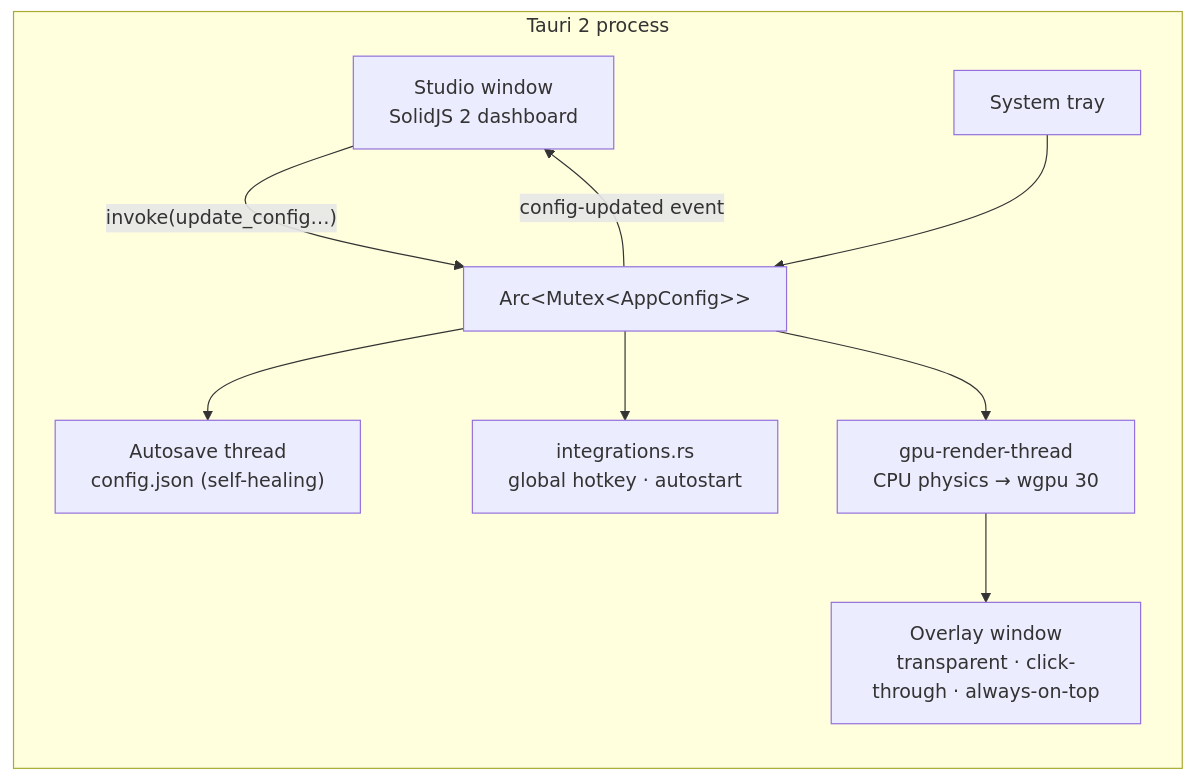
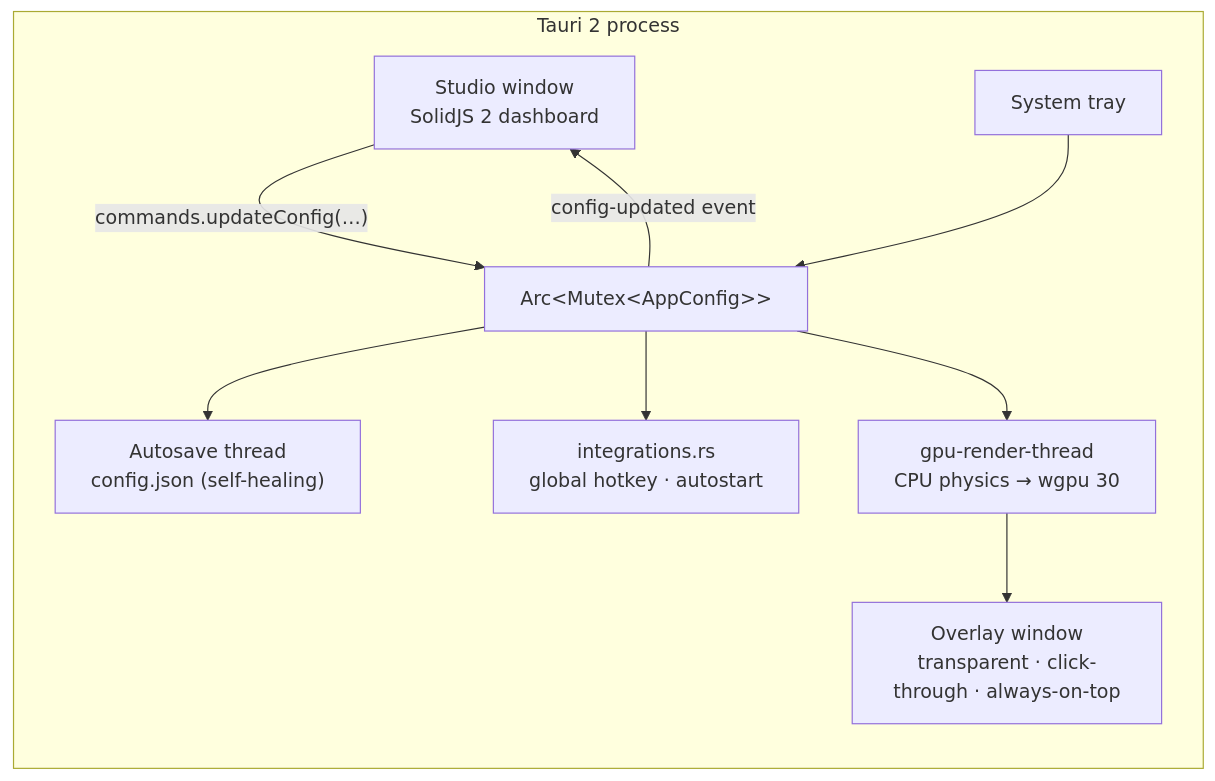
The first of 2 diagrams in README.md (NairoDorian/FXCursor), drawn with Mermaid before and after one commit. The commit also changed other lines of this file and 35 other files, not shown here.

````diff
--- a/README.md
+++ b/README.md
@@ -71,12 +71,12 @@
 ```mermaid
 graph LR
     subgraph "Tauri 2 process"
-        UI["Studio window<br/>SolidJS 2 dashboard"] -- "invoke(update_config…)" --> ST["Arc&lt;Mutex&lt;AppConfig&gt;&gt;"]
+        UI["Studio window<br/>SolidJS 2 dashboard"] -- "commands.updateConfig(…)" --> ST["Arc&lt;Mutex&lt;AppConfig&gt;&gt;"]
         ST -- "config-updated event" --> UI
         ST --> SAVE["Autosave thread<br/>config.json (self-healing)"]
         ST --> INT["integrations.rs<br/>global hotkey · autostart"]
         TRAY["System tray"] --> ST
         ST --> RT["gpu-render-thread<br/>CPU physics → wgpu 30"]
         RT --> OV["Overlay window<br/>transparent · click-through · always-on-top"]
     end
 ```
````
